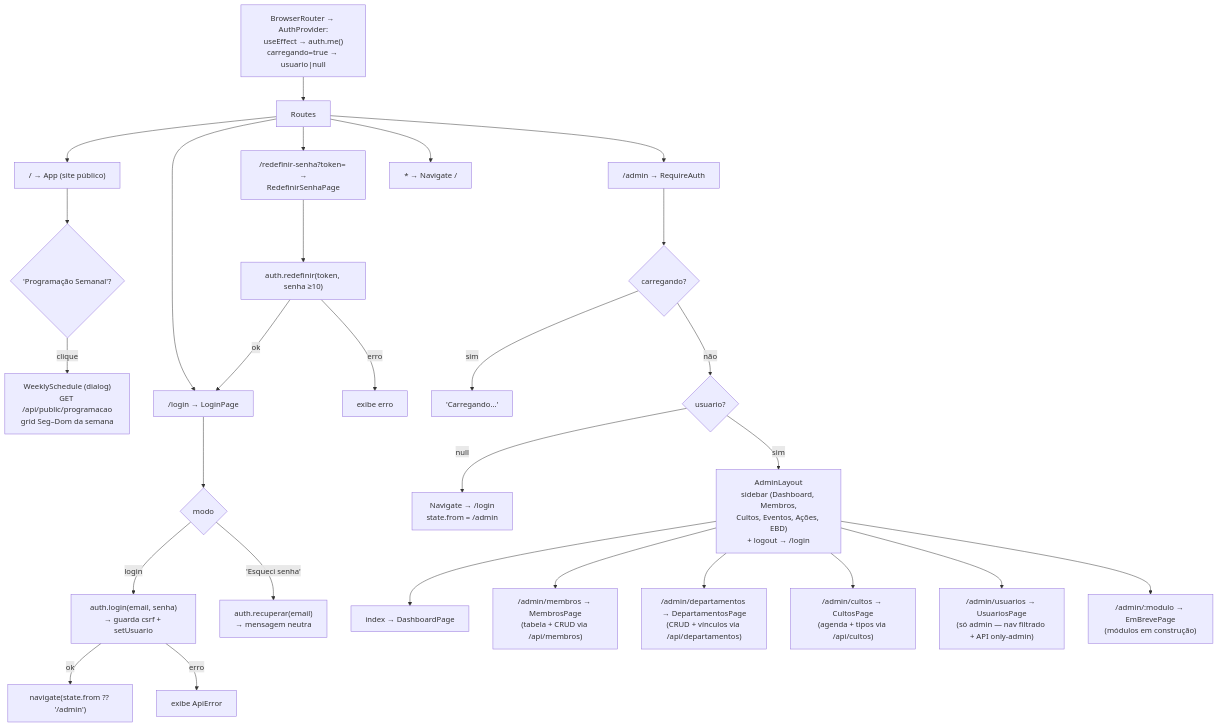
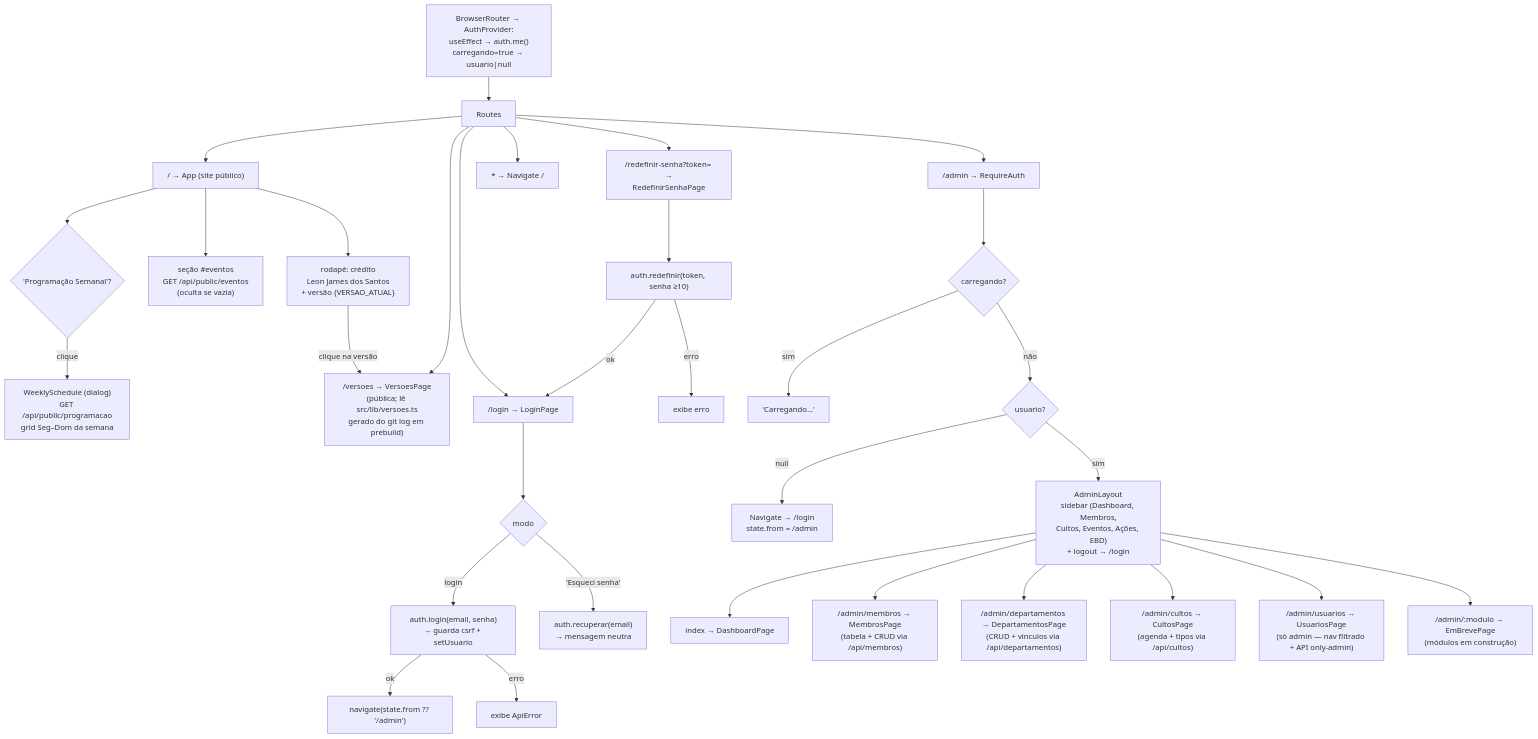
The diagram in dev/docs/diagramas/navegacao-app.mmd (adab-218/siteadab), drawn with Mermaid before and after one commit. The commit also changed 6 other files, not shown here.

First line of the commit message:
feat: página de versões /versoes + crédito e versão no rodapé

```diff
--- a/dev/docs/diagramas/navegacao-app.mmd
+++ b/dev/docs/diagramas/navegacao-app.mmd
@@ -1,36 +1,41 @@
 %% Navegação e guards do frontend — revisado em 2026-10-21
 %% Fonte: src/main.tsx, src/routes/RequireAuth.tsx,
 %%        src/lib/auth-context.tsx, src/App.tsx
 flowchart TD
     BOOT["BrowserRouter → AuthProvider:<br/>useEffect → auth.me()<br/>carregando=true → usuario|null"] --> RT["Routes"]
 
     RT --> HOME["/ → App (site público)"]
     HOME --> SCHED{"'Programação Semanal'?"}
     SCHED -- clique --> WS["WeeklySchedule (dialog)<br/>GET /api/public/programacao<br/>grid Seg–Dom da semana"]
+    HOME --> EVS["seção #eventos<br/>GET /api/public/eventos<br/>(oculta se vazia)"]
+    HOME --> FOOTER["rodapé: crédito<br/>Leon James dos Santos<br/>+ versão {VERSAO_ATUAL}"]
+    FOOTER -- clique na versão --> VER
+
+    RT --> VER["/versoes → VersoesPage<br/>(pública; lê src/lib/versoes.ts<br/>gerado do git log em prebuild)"]
 
     RT --> LOGIN["/login → LoginPage"]
     LOGIN --> LFORM{"modo"}
     LFORM -- login --> LPOST["auth.login(email, senha)<br/>→ guarda csrf + setUsuario"]
     LPOST -- ok --> NAV["navigate(state.from ?? '/admin')"]
     LPOST -- erro --> LERR["exibe ApiError"]
     LFORM -- 'Esqueci senha' --> REC["auth.recuperar(email)<br/>→ mensagem neutra"]
 
     RT --> RESET["/redefinir-senha?token= →<br/>RedefinirSenhaPage"]
     RESET --> RS["auth.redefinir(token, senha ≥10)"]
     RS -- ok --> LOGIN
     RS -- erro --> RERR["exibe erro"]
 
     RT --> ADMIN["/admin → RequireAuth"]
     ADMIN --> GUARD{"carregando?"}
     GUARD -- sim --> SPIN["'Carregando…'"]
     GUARD -- não --> HAS{"usuario?"}
     HAS -- null --> REDIR["Navigate → /login<br/>state.from = /admin"]
     HAS -- sim --> LAYOUT["AdminLayout<br/>sidebar (Dashboard, Membros,<br/>Cultos, Eventos, Ações, EBD)<br/>+ logout → /login"]
     LAYOUT --> IDX["index → DashboardPage"]
     LAYOUT --> MB["/admin/membros → MembrosPage<br/>(tabela + CRUD via /api/membros)"]
     LAYOUT --> DP["/admin/departamentos → DepartamentosPage<br/>(CRUD + vínculos via /api/departamentos)"]
     LAYOUT --> CU["/admin/cultos → CultosPage<br/>(agenda + tipos via /api/cultos)"]
     LAYOUT --> US["/admin/usuarios → UsuariosPage<br/>(só admin — nav filtrado + API only-admin)"]
     LAYOUT --> MOD["/admin/:modulo → EmBrevePage<br/>(módulos em construção)"]
 
     RT --> FALL["* → Navigate /"]
```
